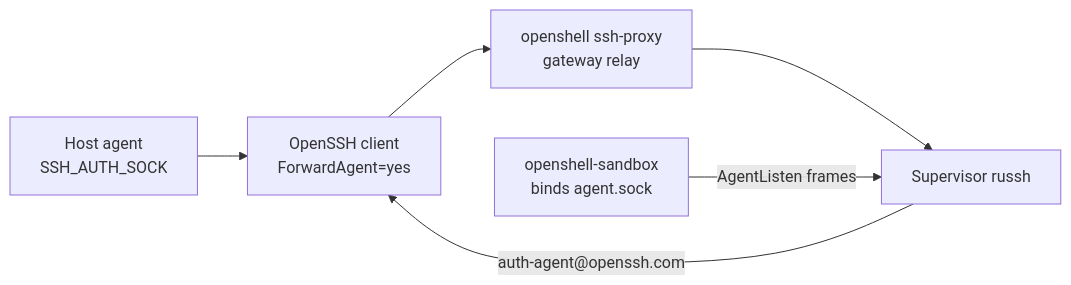
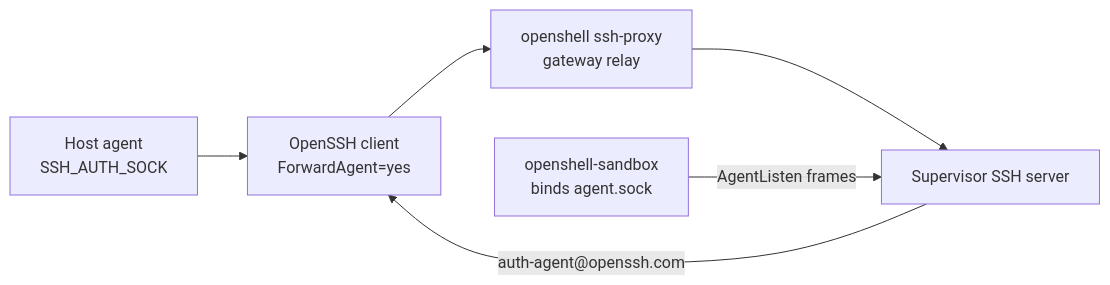
One commit to harry-anderson/OpenShell changed the diagram in docs/how-it-works/sandboxes/ssh-agent-forwarding.mdx. Above: the diagram before and after it, drawn with Mermaid. The commit also changed other lines of this file and 5 other files, not shown here.

````diff
--- a/docs/how-it-works/sandboxes/ssh-agent-forwarding.mdx
+++ b/docs/how-it-works/sandboxes/ssh-agent-forwarding.mdx
@@ -20,11 +18,11 @@
 ```mermaid
 flowchart LR
   agent["Host agent<br/>SSH_AUTH_SOCK"]
   ssh["OpenSSH client<br/>ForwardAgent=yes"]
   proxy["openshell ssh-proxy<br/>gateway relay"]
-  sup["Supervisor russh"]
+  sup["Supervisor SSH server"]
   work["openshell-sandbox<br/>binds agent.sock"]
   agent --> ssh --> proxy --> sup
   work -->|"AgentListen frames"| sup
   sup -->|"auth-agent@openssh.com"| ssh
 ```
````
